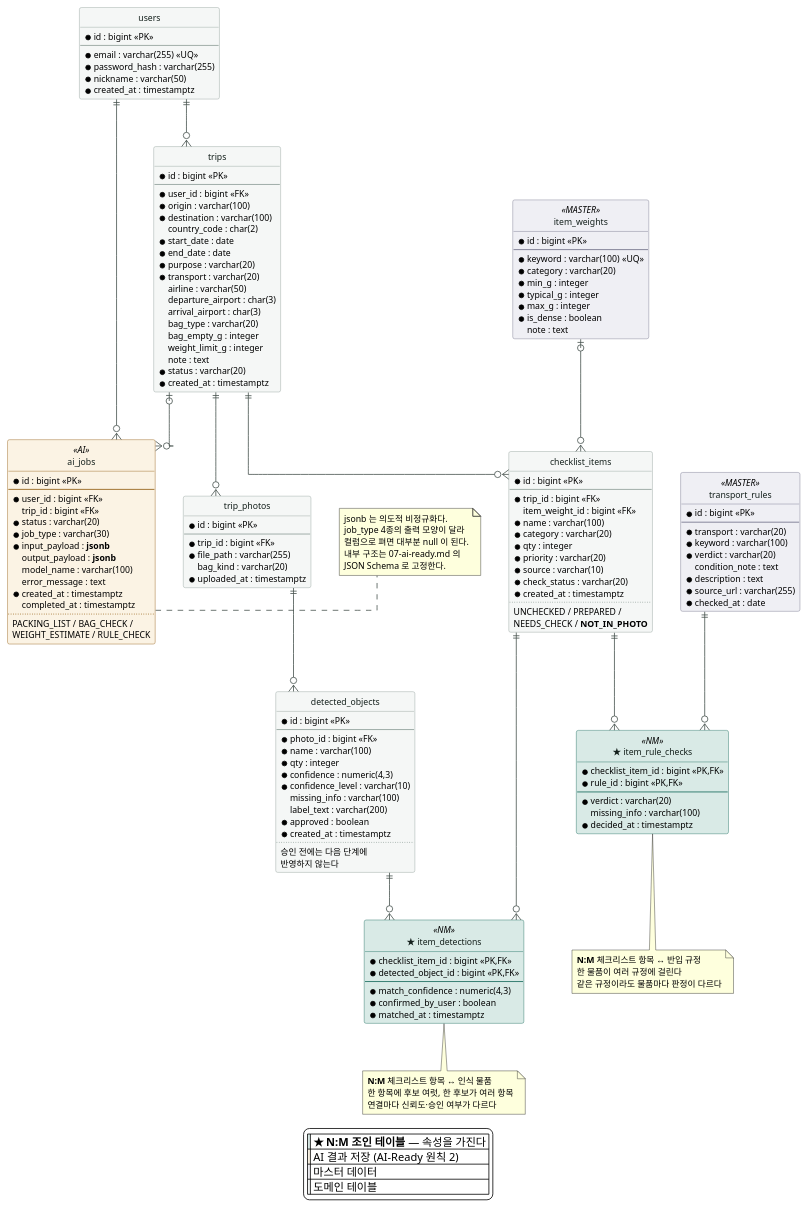
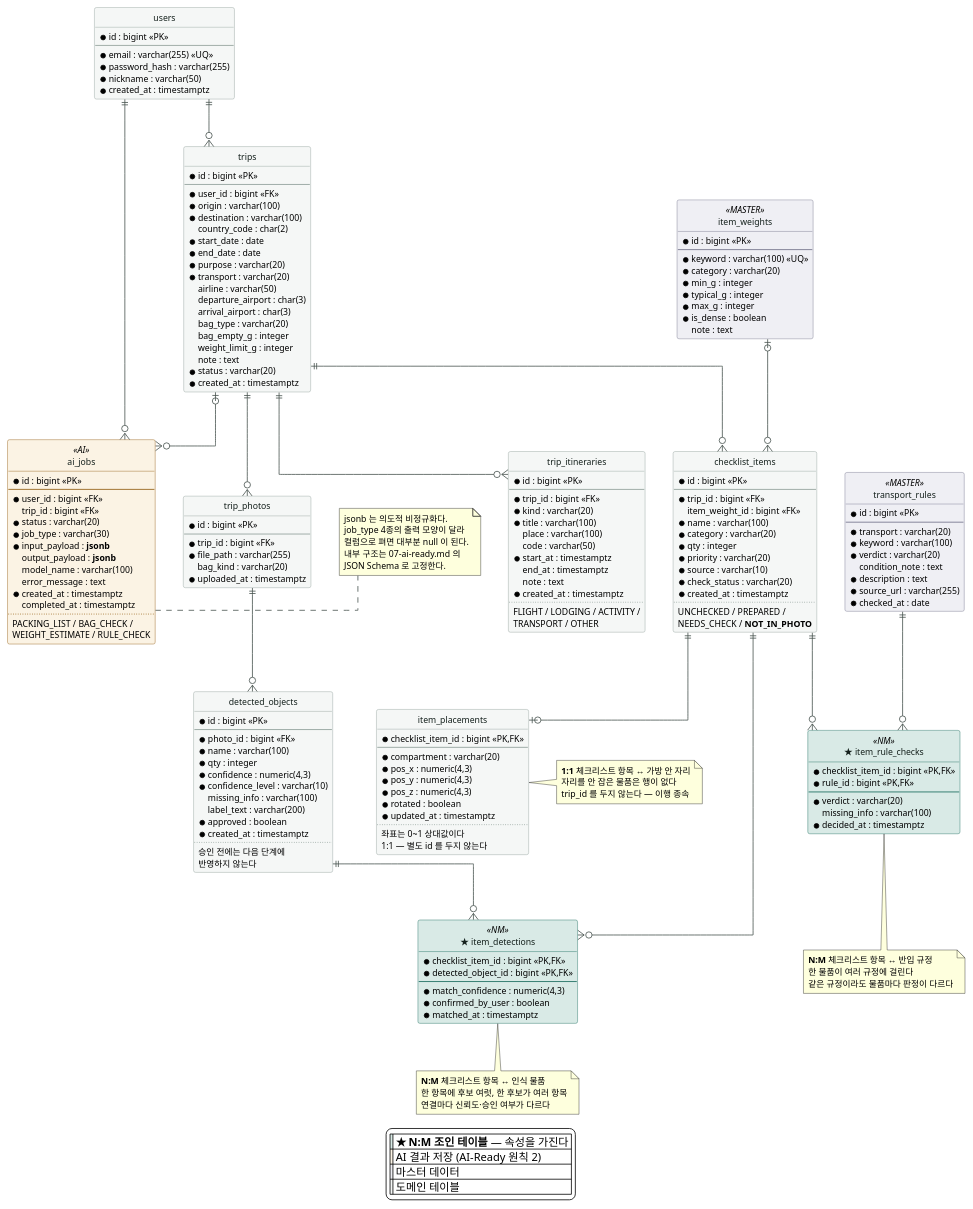
The diagram in docs/images/05-erd.puml (SangMyeong5426/skala-mini-ai-web-service), drawn with PlantUML before and after one commit. The commit also changed 83 other files, not shown here.

```diff
--- a/docs/images/05-erd.puml
+++ b/docs/images/05-erd.puml
@@ -73,6 +73,37 @@
   ..
   UNCHECKED / PREPARED /
   NEEDS_CHECK / **NOT_IN_PHOTO**
+}
+
+entity "trip_itineraries" as itin {
+  * id : bigint <<PK>>
+  --
+  * trip_id : bigint <<FK>>
+  * kind : varchar(20)
+  * title : varchar(100)
+  place : varchar(100)
+  code : varchar(50)
+  * start_at : timestamptz
+  end_at : timestamptz
+  note : text
+  * created_at : timestamptz
+  ..
+  FLIGHT / LODGING / ACTIVITY /
+  TRANSPORT / OTHER
+}
+
+entity "item_placements" as place {
+  * checklist_item_id : bigint <<PK,FK>>
+  --
+  * compartment : varchar(20)
+  * pos_x : numeric(4,3)
+  * pos_y : numeric(4,3)
+  * pos_z : numeric(4,3)
+  * rotated : boolean
+  * updated_at : timestamptz
+  ..
+  좌표는 0~1 상대값이다
+  1:1 — 별도 id 를 두지 않는다
 }
 
 entity "trip_photos" as photos {
@@ -166,15 +197,23 @@
 users    ||--o{ jobs
 trips    ||--o{ items
 trips    ||--o{ photos
+trips    ||--o{ itin
 trips    |o--o{ jobs
 photos   ||--o{ detected
 weights  |o--o{ items
+items    ||--o| place
 
 ' ── N:M (조인 테이블 경유) ────────────────────────────────
 items    ||--o{ idt
 detected ||--o{ idt
 items    ||--o{ irc
 rules    ||--o{ irc
+
+note right of place
+  **1:1** 체크리스트 항목 ↔ 가방 안 자리
+  자리를 안 잡은 물품은 행이 없다
+  trip_id 를 두지 않는다 — 이행 종속
+end note
 
 note bottom of idt
   **N:M** 체크리스트 항목 ↔ 인식 물품
```
